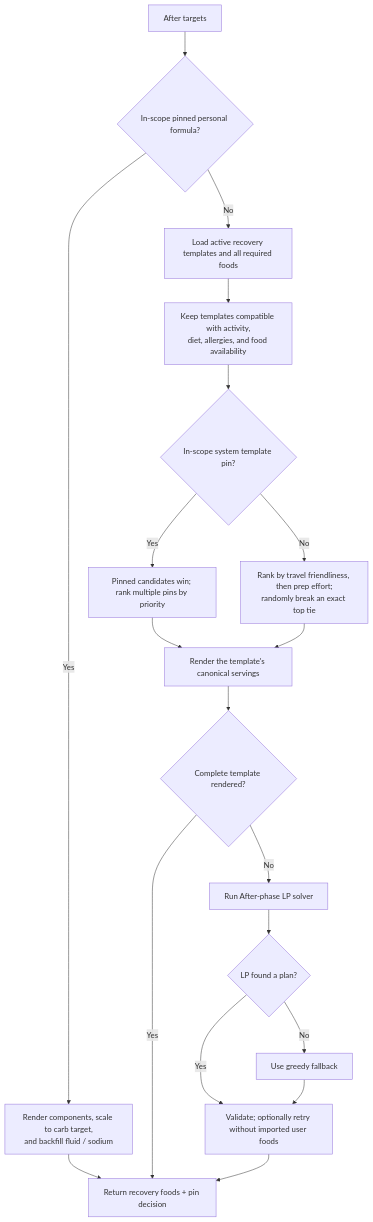
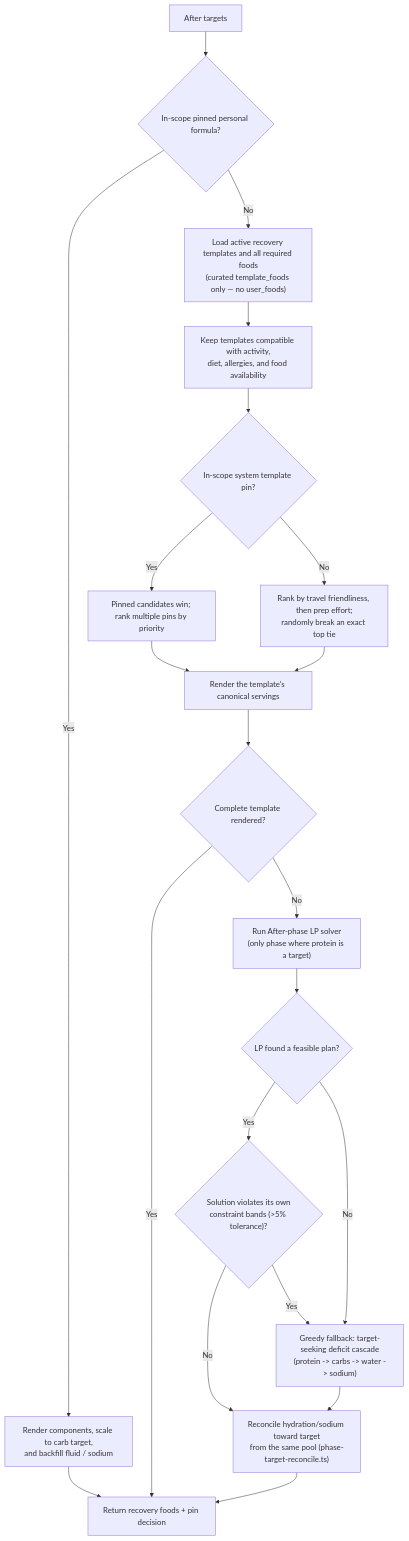
Before and after one commit to milkmanfunddev-ops/mealvana_endurance: the fourth of 5 diagrams in docs/business_logic/nutrition-plan-v3-algorithm.md, drawn with Mermaid. The commit also changed other lines of this file and 12 other files, not shown here.

First line of the commit message:
docs(nutrition): bring v3 algorithm flowchart up to date; regenerate diagrams

````diff
--- a/docs/business_logic/nutrition-plan-v3-algorithm.md
+++ b/docs/business_logic/nutrition-plan-v3-algorithm.md
@@ -136,22 +153,24 @@
 ```mermaid
 flowchart TD
     A["After targets"] --> PP{"In-scope pinned personal formula?"}
     PP -- "Yes" --> PFR["Render components, scale to carb target,<br/>and backfill fluid / sodium"]
     PFR --> OUT["Return recovery foods + pin decision"]
 
-    PP -- "No" --> LOAD["Load active recovery templates and all required foods"]
+    PP -- "No" --> LOAD["Load active recovery templates and all required foods<br/>(curated template_foods only — no user_foods)"]
     LOAD --> FILTER["Keep templates compatible with activity,<br/>diet, allergies, and food availability"]
     FILTER --> PIN{"In-scope system template pin?"}
     PIN -- "Yes" --> PICKPIN["Pinned candidates win; rank multiple pins by priority"]
     PIN -- "No" --> RANK["Rank by travel friendliness, then prep effort;<br/>randomly break an exact top tie"]
     PICKPIN --> RENDER["Render the template's canonical servings"]
     RANK --> RENDER
     RENDER --> OK{"Complete template rendered?"}
     OK -- "Yes" --> OUT
-    OK -- "No" --> LP["Run After-phase LP solver"]
-    LP --> SOLVED{"LP found a plan?"}
-    SOLVED -- "Yes" --> CHECK["Validate; optionally retry without imported user foods"]
-    SOLVED -- "No" --> GREEDY["Use greedy fallback"]
-    GREEDY --> CHECK
-    CHECK --> OUT
+    OK -- "No" --> LP["Run After-phase LP solver<br/>(only phase where protein is a target)"]
+    LP --> SOLVED{"LP found a feasible plan?"}
+    SOLVED -- "Yes" --> REJCHECK{"Solution violates its own<br/>constraint bands (>5% tolerance)?"}
+    REJCHECK -- "Yes" --> GREEDY
+    REJCHECK -- "No" --> RECONCILE
+    SOLVED -- "No" --> GREEDY["Greedy fallback: target-seeking deficit cascade<br/>(protein -> carbs -> water -> sodium)"]
+    GREEDY --> RECONCILE["Reconcile hydration/sodium toward target<br/>from the same pool (phase-target-reconcile.ts)"]
+    RECONCILE --> OUT
 ```
````
